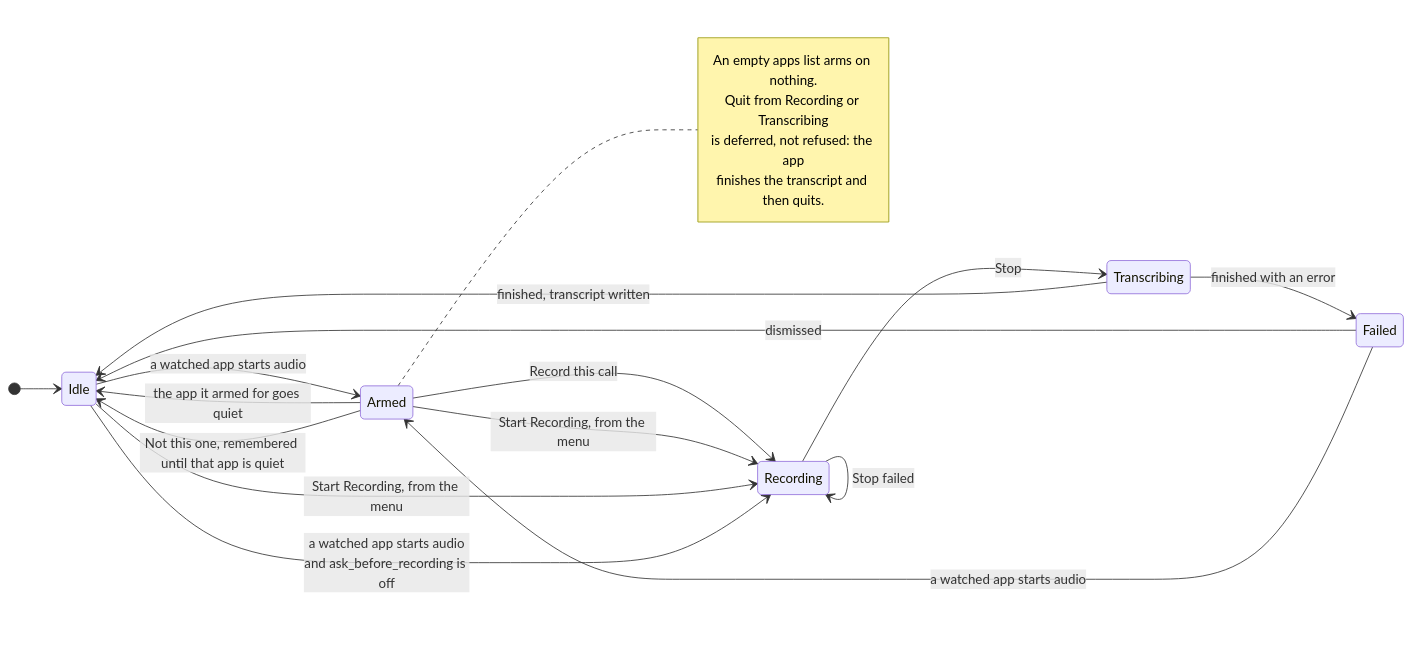
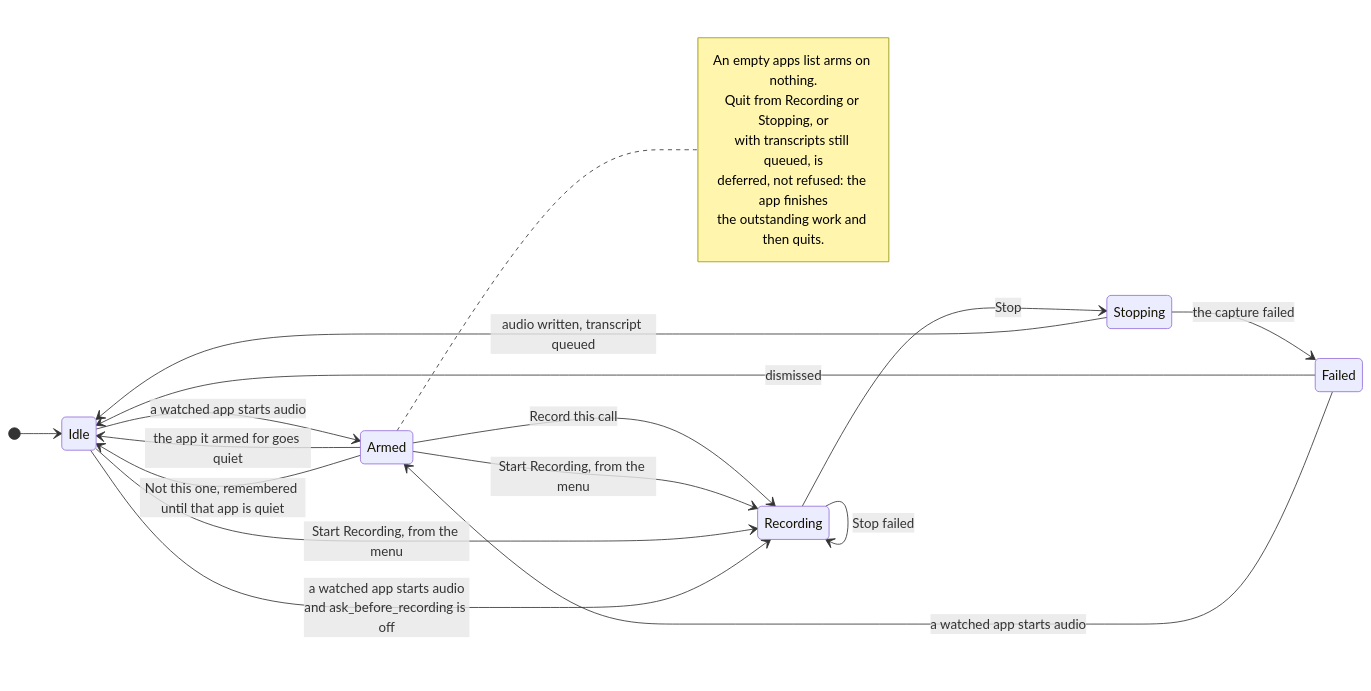
One commit to jasonm4130-labs/ambient changed the diagram in docs/using/what-is-kept.md. Above: the diagram before and after it, drawn with Mermaid. The commit also changed other lines of this file and 11 other files, not shown here.

````diff
--- a/docs/using/what-is-kept.md
+++ b/docs/using/what-is-kept.md
@@ -17,25 +17,26 @@
 ```mermaid
 stateDiagram-v2
     direction LR
     [*] --> Idle
     Idle --> Armed: a watched app starts audio
     Armed --> Recording: Record this call
     Armed --> Idle: the app it armed for goes quiet
     Armed --> Idle: Not this one, remembered until that app is quiet
     Armed --> Recording: Start Recording, from the menu
     Idle --> Recording: Start Recording, from the menu
     Idle --> Recording: a watched app starts audio<br/>and ask_before_recording is off
-    Recording --> Transcribing: Stop
+    Recording --> Stopping: Stop
     Recording --> Recording: Stop failed
-    Transcribing --> Idle: finished, transcript written
-    Transcribing --> Failed: finished with an error
+    Stopping --> Idle: audio written, transcript queued
+    Stopping --> Failed: the capture failed
     Failed --> Idle: dismissed
     Failed --> Armed: a watched app starts audio
 
     note right of Armed
         An empty apps list arms on nothing.
-        Quit from Recording or Transcribing
-        is deferred, not refused: the app
-        finishes the transcript and then quits.
+        Quit from Recording or Stopping, or
+        with transcripts still queued, is
+        deferred, not refused: the app finishes
+        the outstanding work and then quits.
     end note
 ```
````
